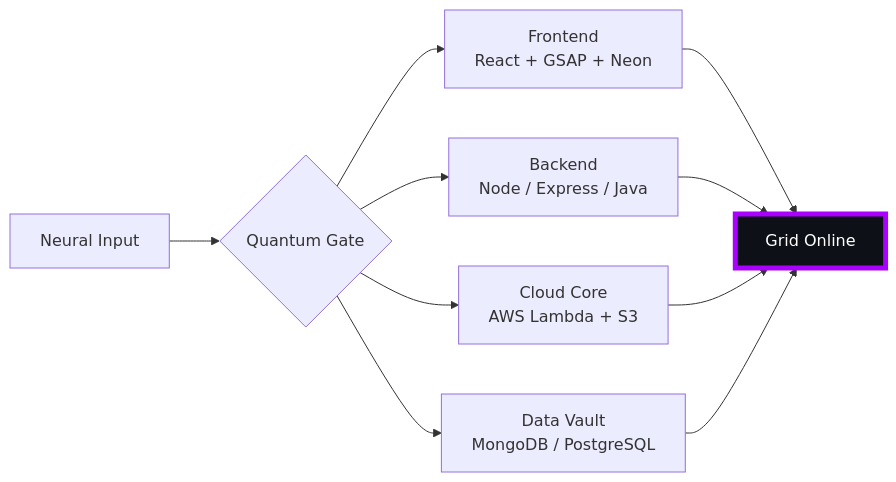
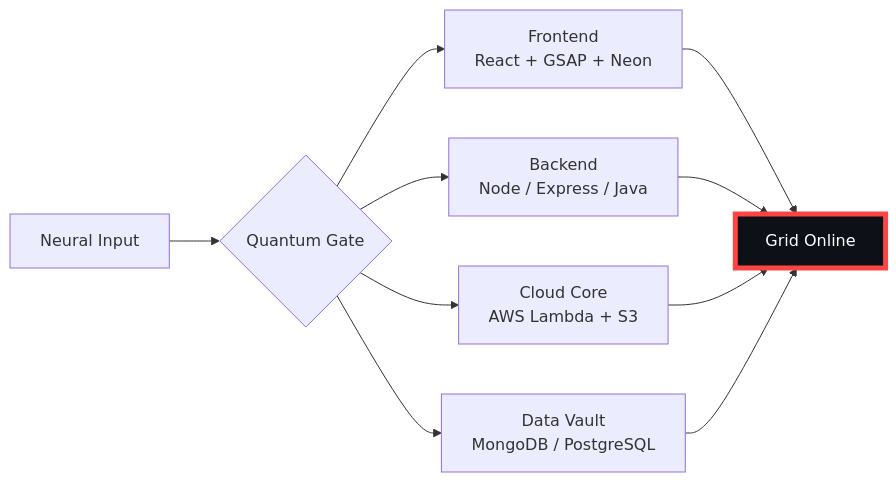
One commit to pendemvamsi/pendemvamsi changed the diagram in README.md. Above: the diagram before and after it, drawn with Mermaid. The commit also changed other lines of this file and 1 other file, not shown here.

````diff
--- a/README.md
+++ b/README.md
@@ -32,10 +32,10 @@
 ```mermaid
 flowchart LR
     U[Neural Input] --> G{Quantum Gate}
     G --> F[Frontend<br>React + GSAP + Neon]
     G --> B[Backend<br>Node / Express / Java]
     G --> C[Cloud Core<br>AWS Lambda + S3]
     G --> D[Data Vault<br>MongoDB / PostgreSQL]
     F & B & C & D --> O[Grid Online]
-    style O fill:#0d1117,stroke:#AA00FF,stroke-width:5px,color:#fff
+    style O fill:#0d1117,stroke:#FF4444,stroke-width:5px,color:#fff
 ```
````
